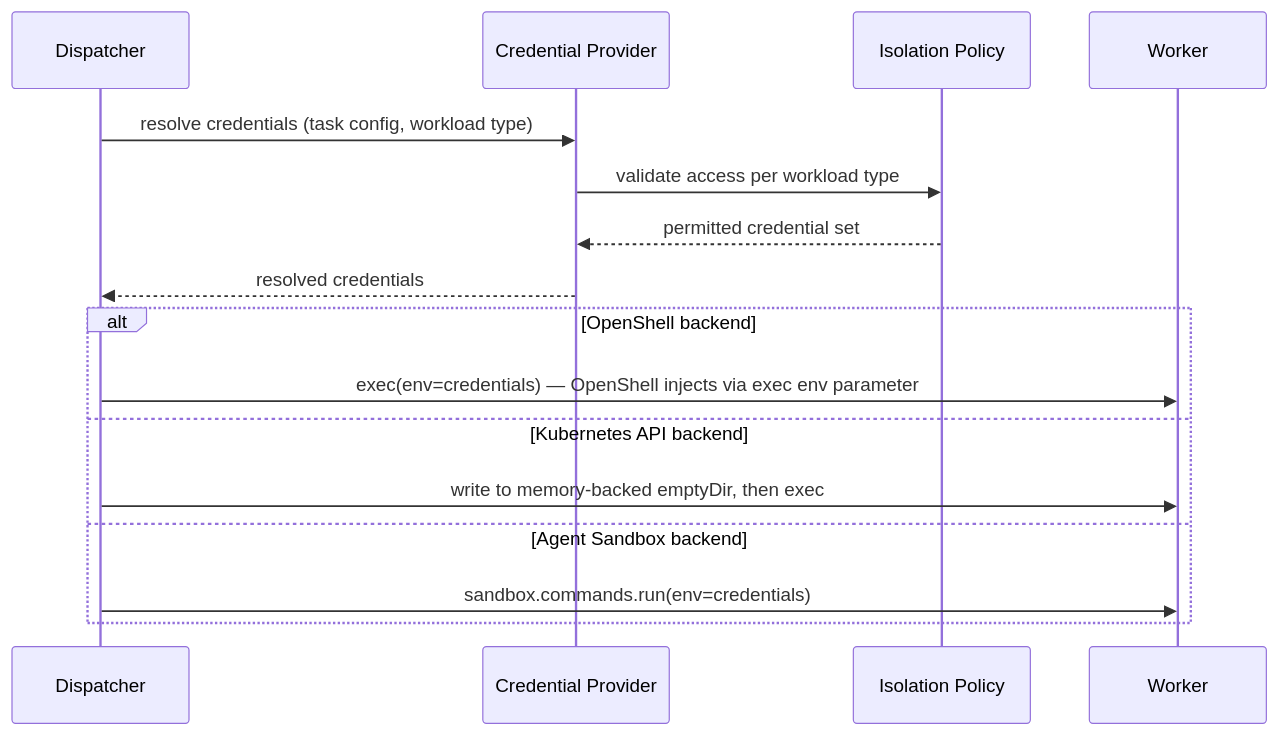
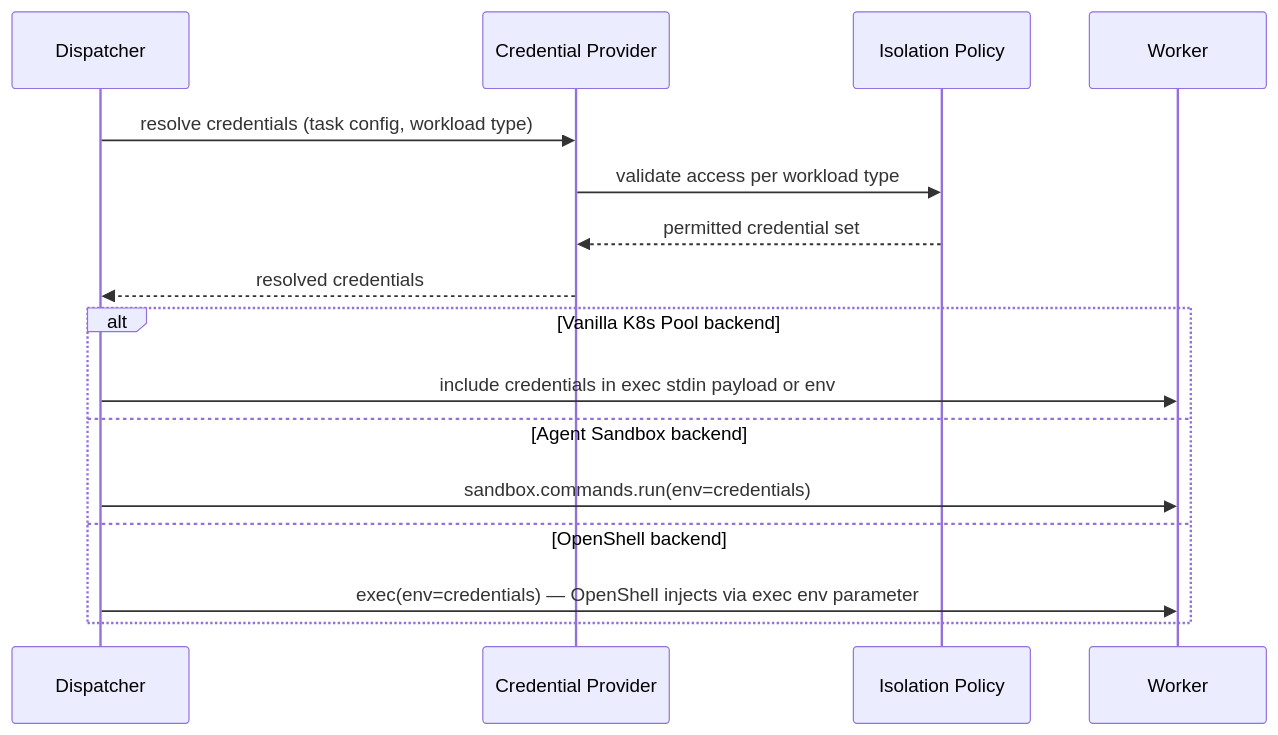
Before and after one commit to manstis/syntara: the eighth of 9 diagrams in backend/docs/execution-plane-invocation.md, drawn with Mermaid. The commit also changed other lines of this file, not shown here.

Commit message:
chore: Vanilla k8s Worker Pool ponderings.

````diff
--- a/backend/docs/execution-plane-invocation.md
+++ b/backend/docs/execution-plane-invocation.md
@@ -307,21 +397,21 @@
 ```mermaid
 sequenceDiagram
     participant D as Dispatcher
     participant CP as Credential Provider
     participant IP as Isolation Policy
     participant W as Worker
 
     D->>CP: resolve credentials (task config, workload type)
     CP->>IP: validate access per workload type
     IP-->>CP: permitted credential set
 
     CP-->>D: resolved credentials
 
-    alt OpenShell backend
-        D->>W: exec(env=credentials) — OpenShell injects via exec env parameter
-    else Kubernetes API backend
-        D->>W: write to memory-backed emptyDir, then exec
+    alt Vanilla K8s Pool backend
+        D->>W: include credentials in exec stdin payload or env
     else Agent Sandbox backend
         D->>W: sandbox.commands.run(env=credentials)
+    else OpenShell backend
+        D->>W: exec(env=credentials) — OpenShell injects via exec env parameter
     end
 ```
````
